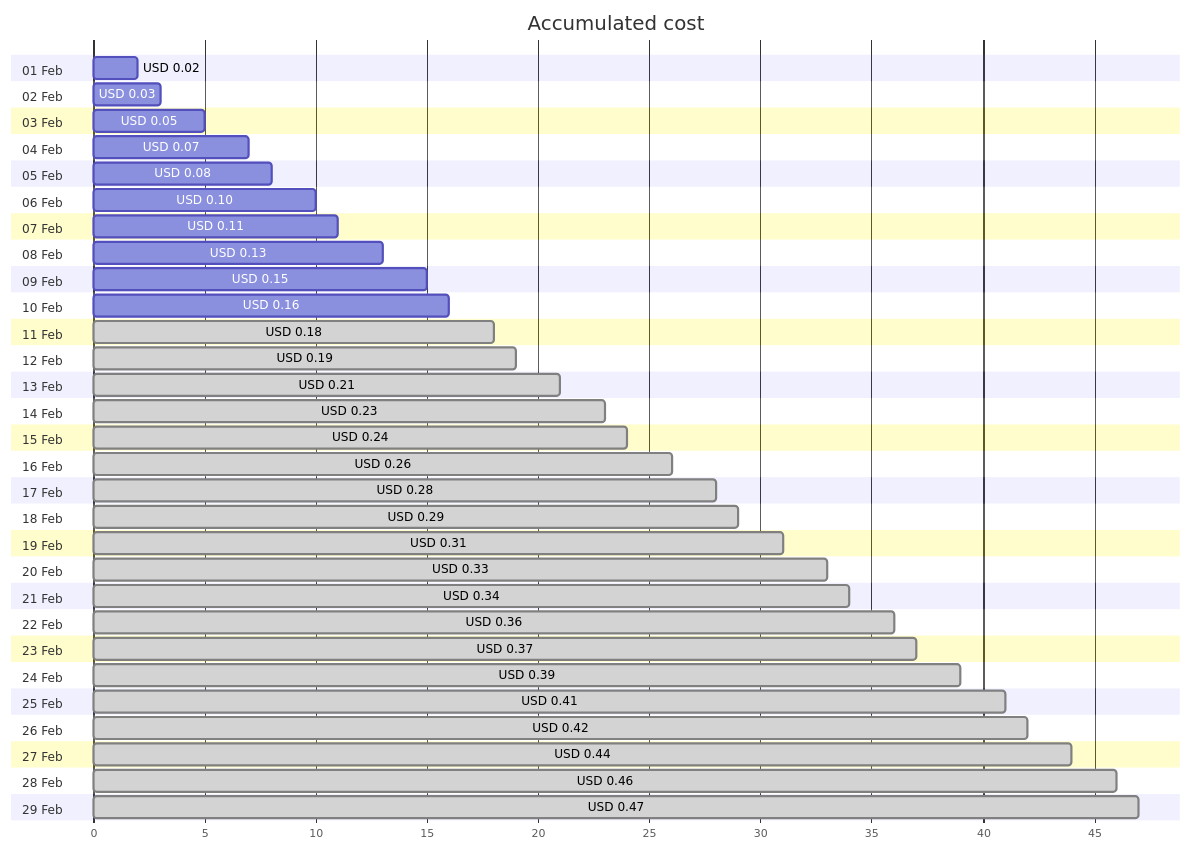
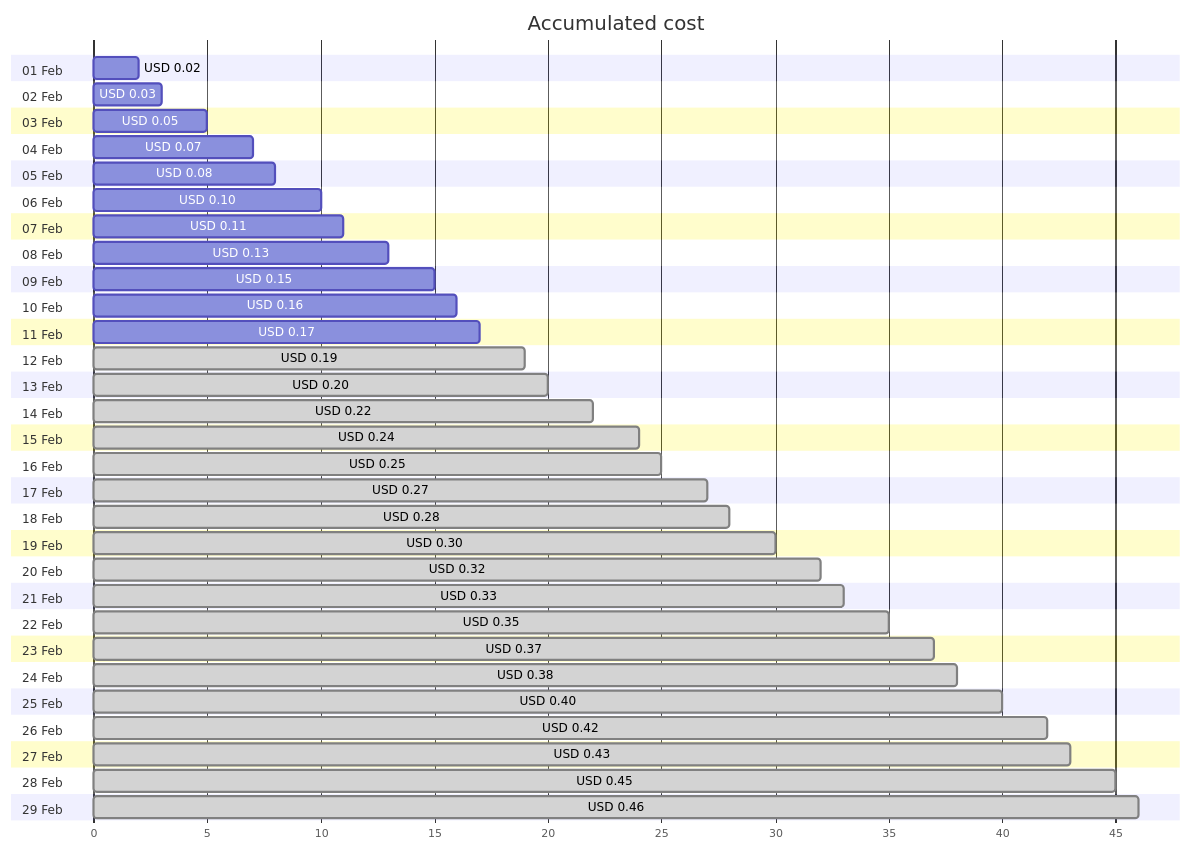
The first of 4 diagrams in cost-reports/personal-dns/jpatrickfulton.com.md (jpfulton/azure-personal-reports), drawn with Mermaid before and after one commit. The commit also changed other lines of this file and 2 other files, not shown here.

Commit message:
Generated reports [skip ci]

````diff
--- a/cost-reports/personal-dns/jpatrickfulton.com.md
+++ b/cost-reports/personal-dns/jpatrickfulton.com.md
@@ -20,64 +20,64 @@
 ```mermaid
 gantt
    title Accumulated cost
    dateFormat  X
    axisFormat %s
    section 01 Feb
    USD 0.02 :0, 2
    section 02 Feb
    USD 0.03 :0, 3
    section 03 Feb
    USD 0.05 :0, 5
    section 04 Feb
    USD 0.07 :0, 7
    section 05 Feb
    USD 0.08 :0, 8
    section 06 Feb
    USD 0.10 :0, 10
    section 07 Feb
    USD 0.11 :0, 11
    section 08 Feb
    USD 0.13 :0, 13
    section 09 Feb
    USD 0.15 :0, 15
    section 10 Feb
    USD 0.16 :0, 16
    section 11 Feb
-   USD 0.18 : done, 0, 18
+   USD 0.17 :0, 17
    section 12 Feb
    USD 0.19 : done, 0, 19
    section 13 Feb
-   USD 0.21 : done, 0, 21
+   USD 0.20 : done, 0, 20
    section 14 Feb
-   USD 0.23 : done, 0, 23
+   USD 0.22 : done, 0, 22
    section 15 Feb
    USD 0.24 : done, 0, 24
    section 16 Feb
-   USD 0.26 : done, 0, 26
+   USD 0.25 : done, 0, 25
    section 17 Feb
+   USD 0.27 : done, 0, 27
+   section 18 Feb
    USD 0.28 : done, 0, 28
-   section 18 Feb
-   USD 0.29 : done, 0, 29
    section 19 Feb
-   USD 0.31 : done, 0, 31
+   USD 0.30 : done, 0, 30
    section 20 Feb
+   USD 0.32 : done, 0, 32
+   section 21 Feb
    USD 0.33 : done, 0, 33
-   section 21 Feb
-   USD 0.34 : done, 0, 34
    section 22 Feb
-   USD 0.36 : done, 0, 36
+   USD 0.35 : done, 0, 35
    section 23 Feb
    USD 0.37 : done, 0, 37
    section 24 Feb
-   USD 0.39 : done, 0, 39
+   USD 0.38 : done, 0, 38
    section 25 Feb
-   USD 0.41 : done, 0, 41
+   USD 0.40 : done, 0, 40
    section 26 Feb
    USD 0.42 : done, 0, 42
    section 27 Feb
-   USD 0.44 : done, 0, 44
+   USD 0.43 : done, 0, 43
    section 28 Feb
+   USD 0.45 : done, 0, 45
+   section 29 Feb
    USD 0.46 : done, 0, 46
-   section 29 Feb
-   USD 0.47 : done, 0, 47
 ```
````
